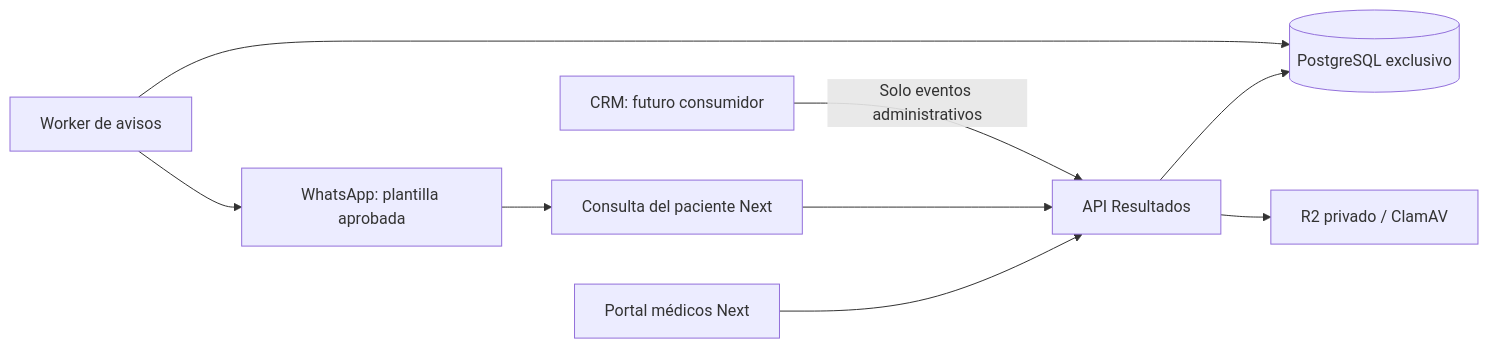
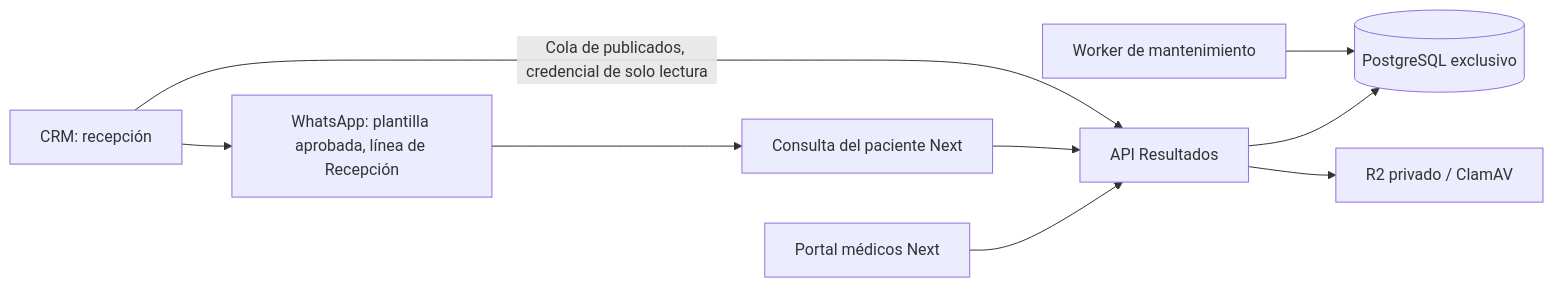
The diagram in README.md (velasquezren/backend-resultados-montalvo), drawn with Mermaid before and after one commit. The commit also changed other lines of this file and 30 other files, not shown here.

First line of the commit message:
refactor: retirar el camino de avisos propio; el CRM es el único emisor

````diff
--- a/README.md
+++ b/README.md
@@ -13,11 +13,11 @@
 ```mermaid
 flowchart LR
   M[Portal médicos Next] --> A[API Resultados]
   P[Consulta del paciente Next] --> A
   A --> D[(PostgreSQL exclusivo)]
   A --> S[R2 privado / ClamAV]
-  W[Worker de avisos] --> D
-  W --> T[WhatsApp: plantilla aprobada]
+  W[Worker de mantenimiento] --> D
+  C[CRM: recepción] -->|Cola de publicados, credencial de solo lectura| A
+  C --> T[WhatsApp: plantilla aprobada, línea de Recepción]
   T --> P
-  C[CRM: futuro consumidor] -->|Solo eventos administrativos| A
 ```
````
